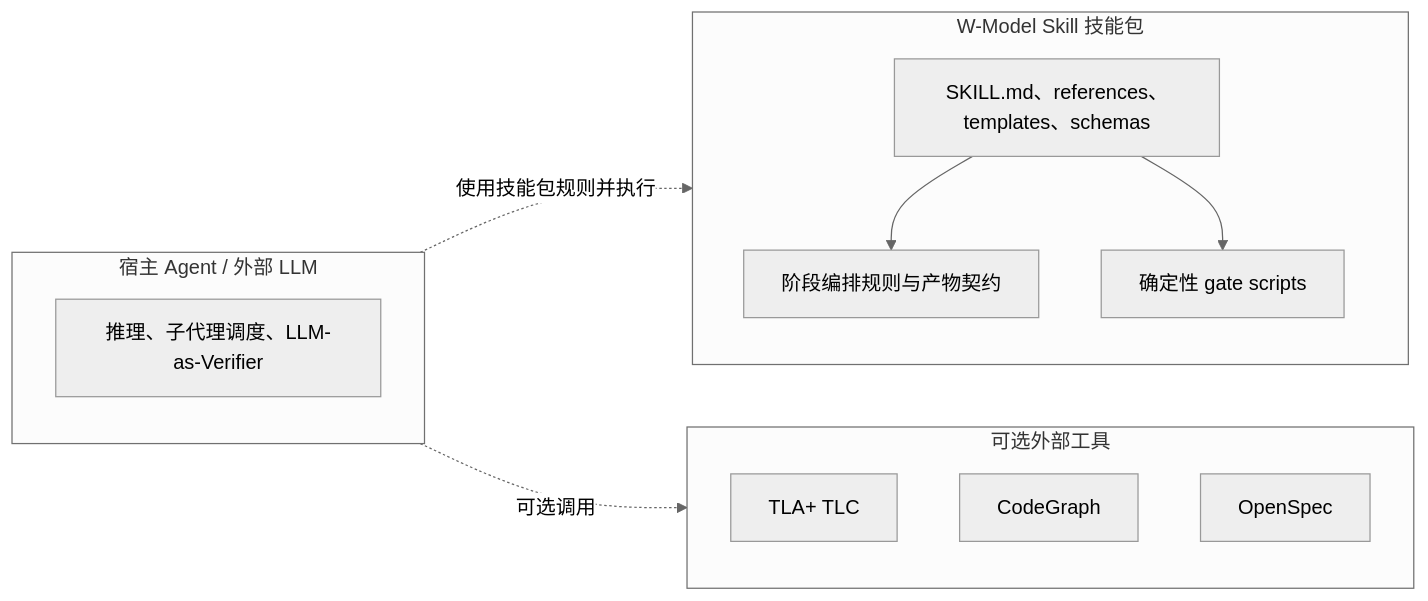
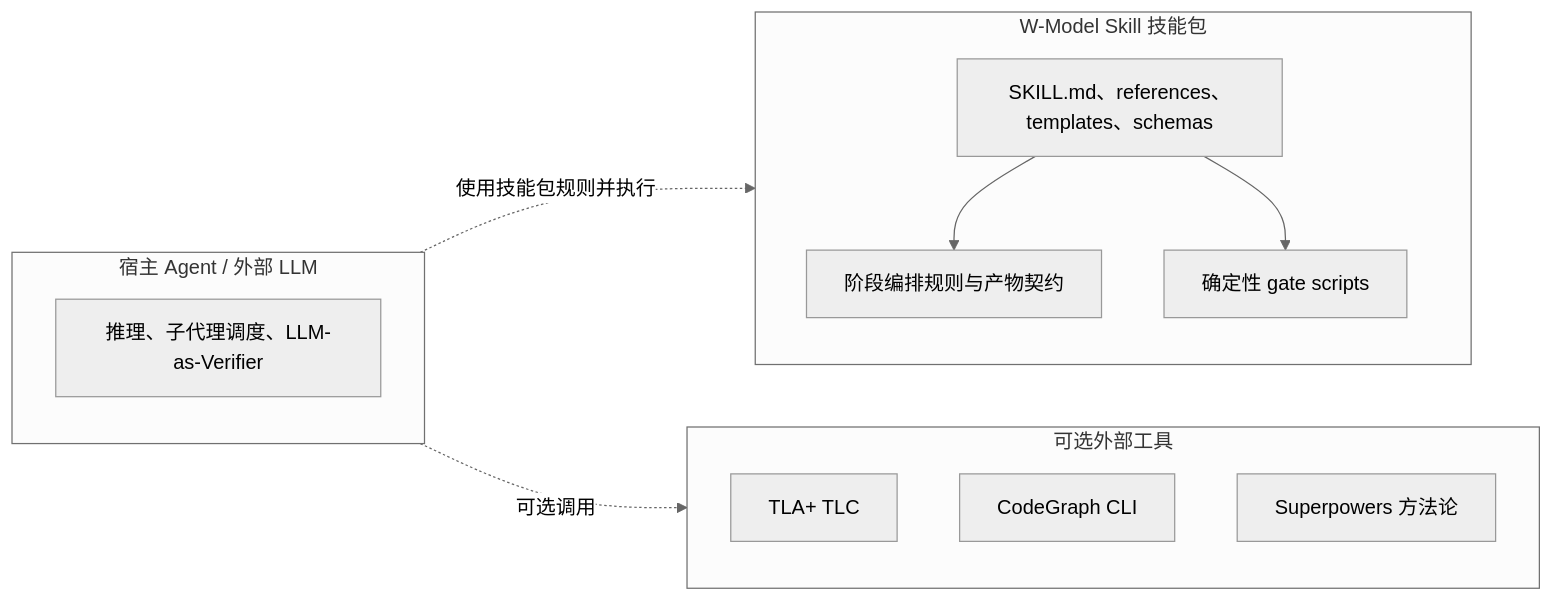
One commit to WangHHY19931001/Software_Engineering_W_Development_Model_Skills_Pack changed the first of 12 diagrams in docs/skill-design-document_SSoT.md. Above: the diagram before and after it, drawn with Mermaid (neutral theme). The commit also changed other lines of this file and 4 other files, not shown here.

````diff
--- a/docs/skill-design-document_SSoT.md
+++ b/docs/skill-design-document_SSoT.md
@@ -81,23 +81,23 @@
 ```mermaid
 graph LR
     subgraph SkillPackage[W-Model Skill 技能包]
         Skill[SKILL.md、references、templates、schemas]
         Gates[确定性 gate scripts]
         Workflow[阶段编排规则与产物契约]
         Skill --> Workflow
         Skill --> Gates
     end
 
     subgraph Host[宿主 Agent / 外部 LLM]
         Reasoning[推理、子代理调度、LLM-as-Verifier]
     end
 
     subgraph Tools[可选外部工具]
         TLC[TLA+ TLC]
-        CG[CodeGraph]
-        OPSX[OpenSpec]
+        CG[CodeGraph CLI]
+        SP[Superpowers 方法论]
     end
 
     Host -. 使用技能包规则并执行 .-> SkillPackage
     Host -. 可选调用 .-> Tools
 ```
````
